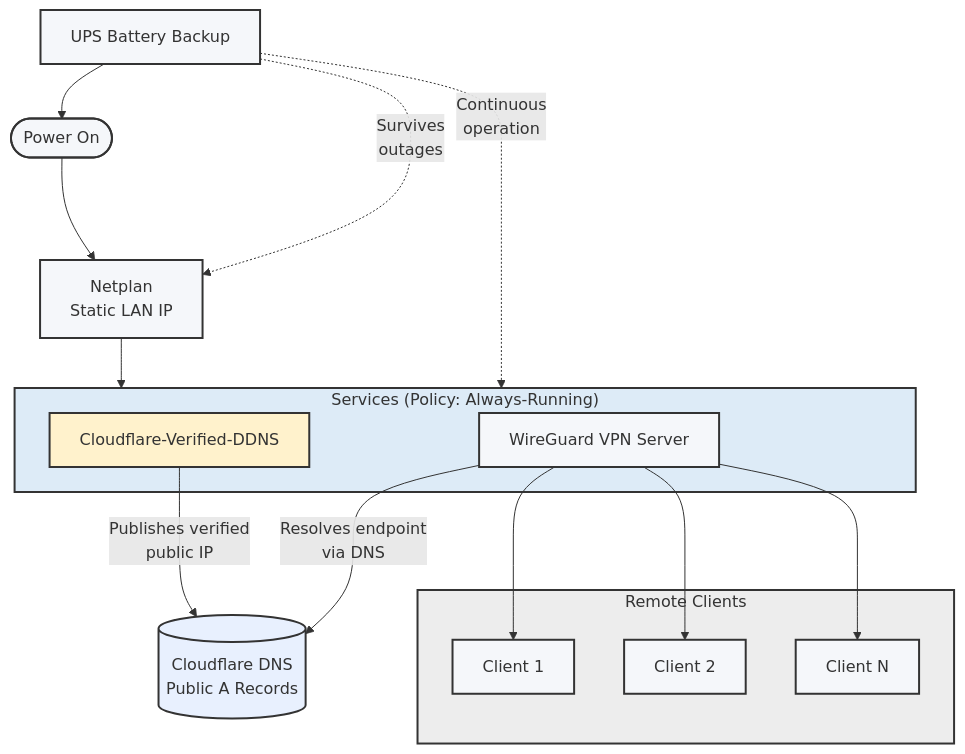
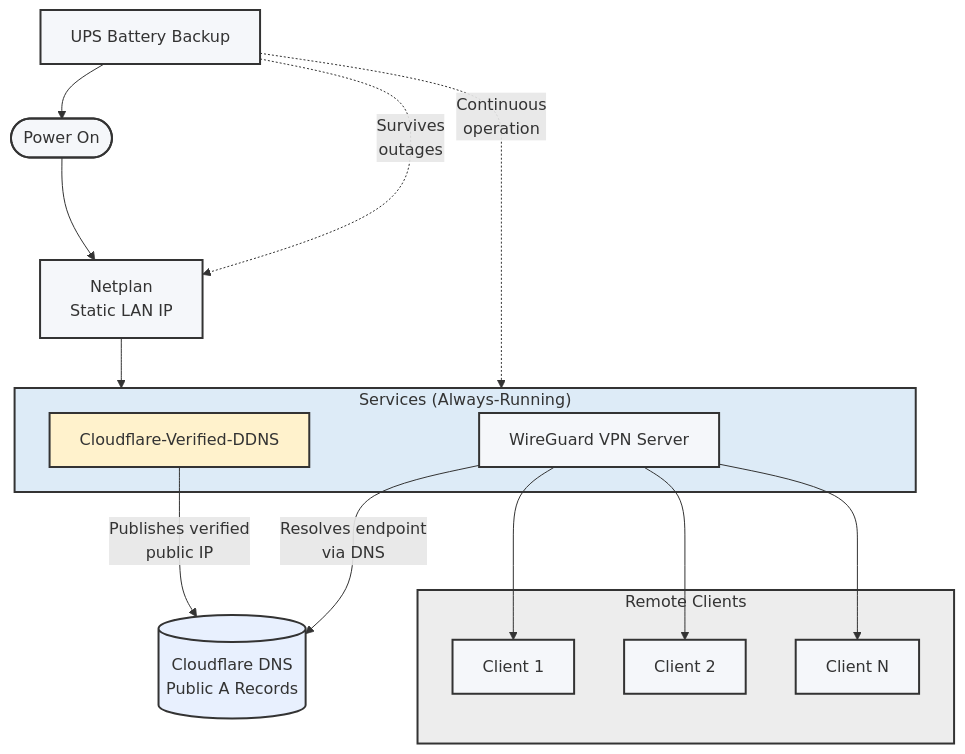
One commit to bkaewell/cloudflare-verified-ddns changed the first of 8 diagrams in docs/ARCHITECTURE.md. Above: the diagram before and after it, drawn with Mermaid. The commit also changed other lines of this file, not shown here.

Commit message:
Experimenting with mermaid diagrams

````diff
--- a/docs/ARCHITECTURE.md
+++ b/docs/ARCHITECTURE.md
@@ -5,55 +5,55 @@
 ```mermaid
 flowchart TB
     %% Power & Init (Context)
     UPS[UPS Battery Backup]
     BOOT([Power On])
     NET[Netplan<br/>Static LAN IP]
 
     %% Cloudflare (External System of Record)
     CF[(Cloudflare DNS<br/>Public A Records)]
 
     %% Services
-    subgraph SERVICES["Services (Policy: Always-Running)"]
+    subgraph SERVICES["Services (Always-Running)"]
         DDNS[Cloudflare-Verified-DDNS]
         WG[WireGuard VPN Server]
     end
 
     %% VPN Clients
     subgraph CLIENTS["Remote Clients"]
         C1[Client 1]
         C2[Client 2]
         CN[Client N]
     end
 
     %% Power & Boot Context
     UPS --> BOOT
     UPS -. "Survives<br/>outages" .-> NET
     UPS -. "Continuous<br/>operation" .-> SERVICES
 
     BOOT --> NET
     NET --> SERVICES
 
     %% DNS as Shared Contract
     DDNS -->|Publishes verified<br/>public IP| CF
     WG -->|Resolves endpoint<br/> via DNS| CF
 
     %% VPN Usage
     WG --> C1
     WG --> C2
     WG --> CN
 
     %% Repo Link
     click DDNS "https://github.com/bkaewell/cloudflare-verified-ddns" "Open Cloudflare-Verified-DDNS Repo"
     click WG "https://github.com/bkaewell/wireguard-setup" "Open WireGuard VPN Server Repo"
 
     %% Styling
     classDef neutral fill:#f5f7fa,stroke:#333,stroke-width:2px;
     classDef focus fill:#fff2cc,stroke:#333,stroke-width:2px;
     classDef cloud fill:#e8f0fe,stroke:#333,stroke-width:2px;
 
     class UPS,BOOT,NET,WG,C1,C2,CN neutral;
     class DDNS focus;
     class CF cloud;
     style SERVICES fill:#ddebf7,stroke:#333,stroke-width:2px;
     style CLIENTS fill:#ededed,stroke:#333,stroke-width:2px;
 ```
````
